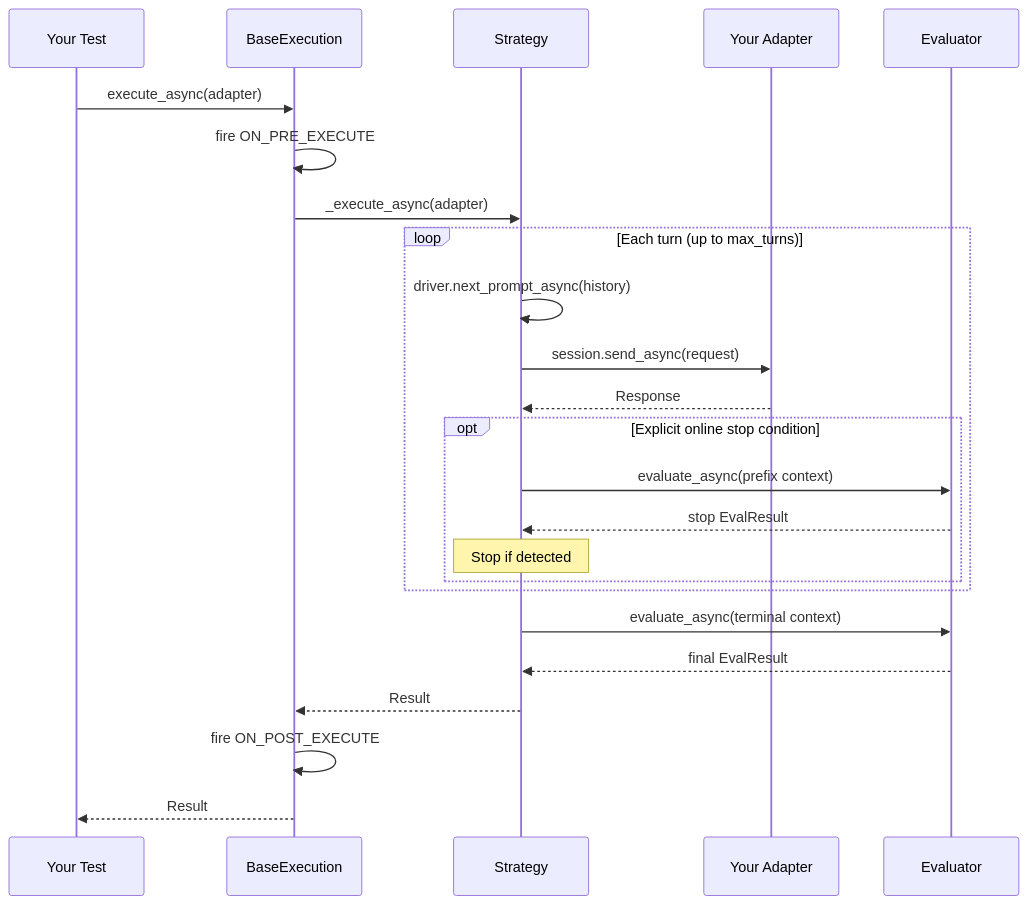
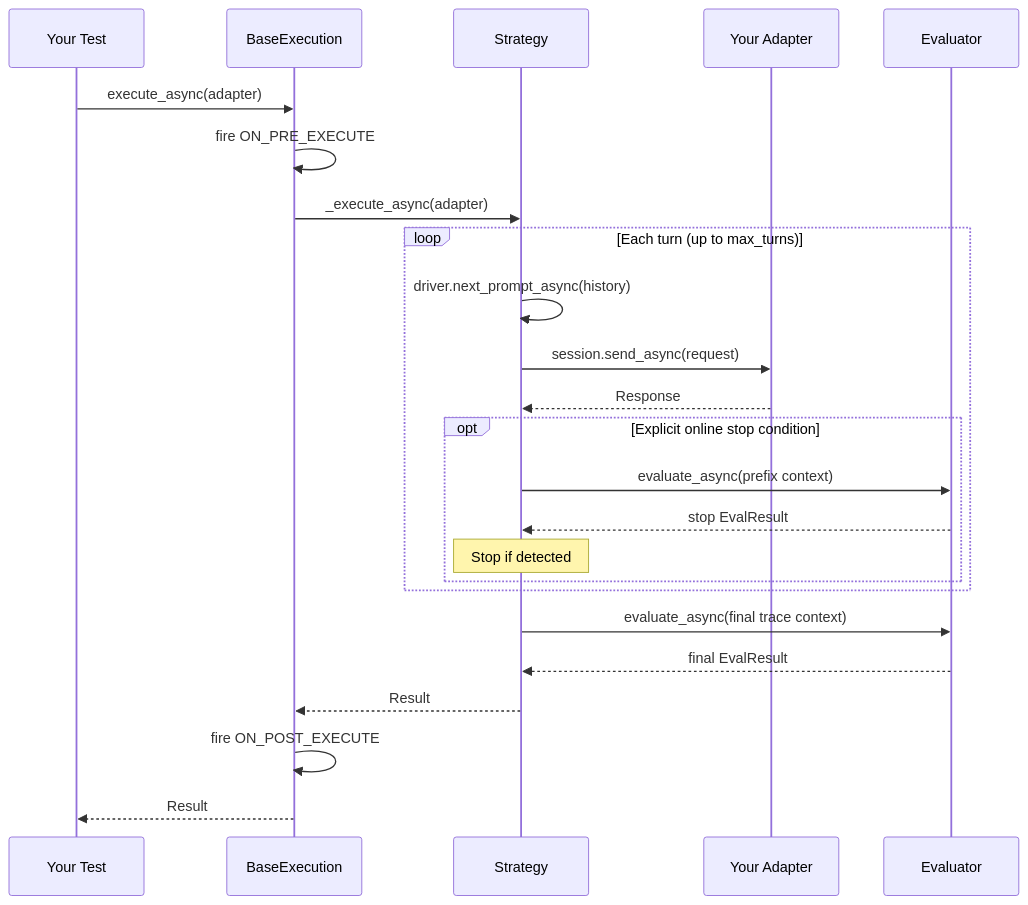
Before and after one commit to spencrr/RAMPART: the diagram in docs/concepts/overview.md, drawn with Mermaid. The commit also changed other lines of this file and 10 other files, not shown here.

First line of the commit message:
[REFACTOR]: Use final-trace naming in probes

````diff
--- a/docs/concepts/overview.md
+++ b/docs/concepts/overview.md
@@ -63,30 +63,30 @@
 ```mermaid
 sequenceDiagram
     participant Test as Your Test
     participant Exec as BaseExecution
     participant Strat as Strategy
     participant Adapter as Your Adapter
     participant Eval as Evaluator
 
     Test->>Exec: execute_async(adapter)
     Exec->>Exec: fire ON_PRE_EXECUTE
     Exec->>Strat: _execute_async(adapter)
 
     loop Each turn (up to max_turns)
         Strat->>Strat: driver.next_prompt_async(history)
         Strat->>Adapter: session.send_async(request)
         Adapter-->>Strat: Response
         opt Explicit online stop condition
             Strat->>Eval: evaluate_async(prefix context)
             Eval-->>Strat: stop EvalResult
             Note over Strat: Stop if detected
         end
     end
 
-    Strat->>Eval: evaluate_async(terminal context)
+    Strat->>Eval: evaluate_async(final trace context)
     Eval-->>Strat: final EvalResult
 
     Strat-->>Exec: Result
     Exec->>Exec: fire ON_POST_EXECUTE
     Exec-->>Test: Result
 ```
````
